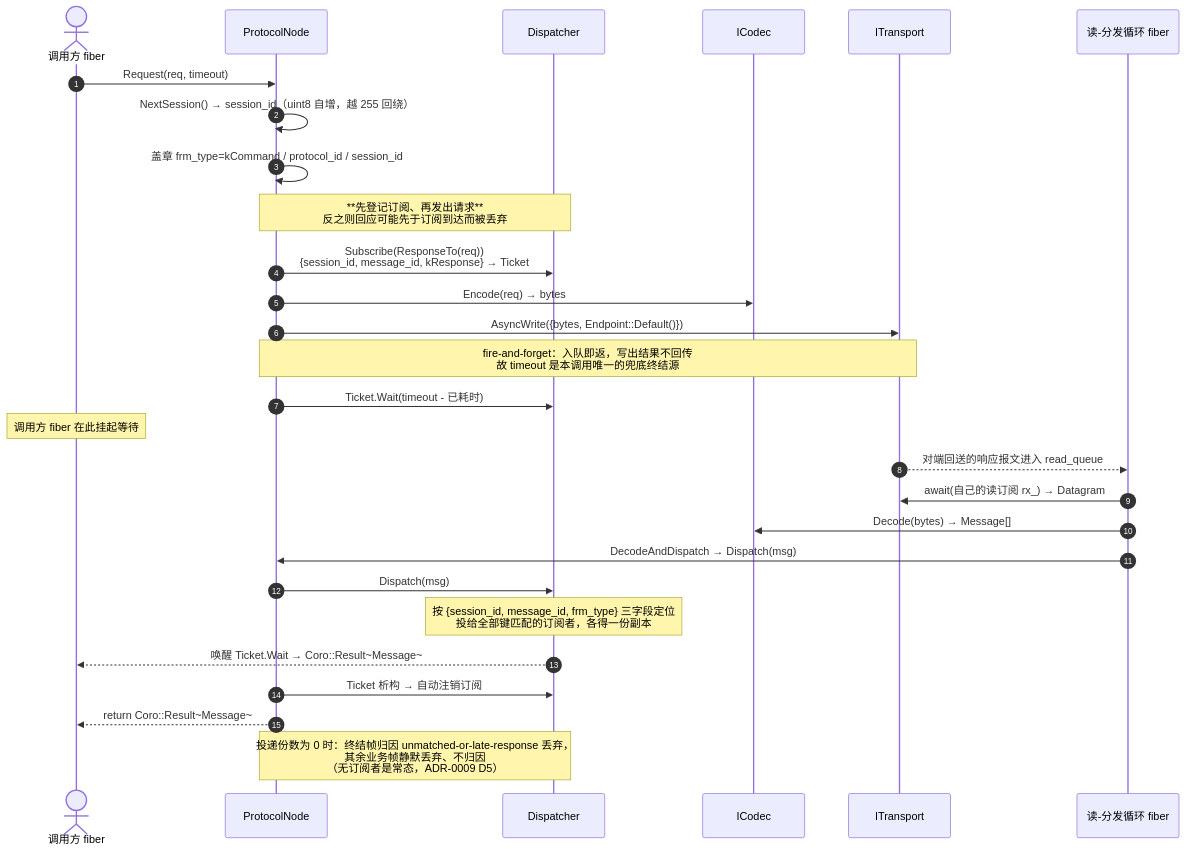
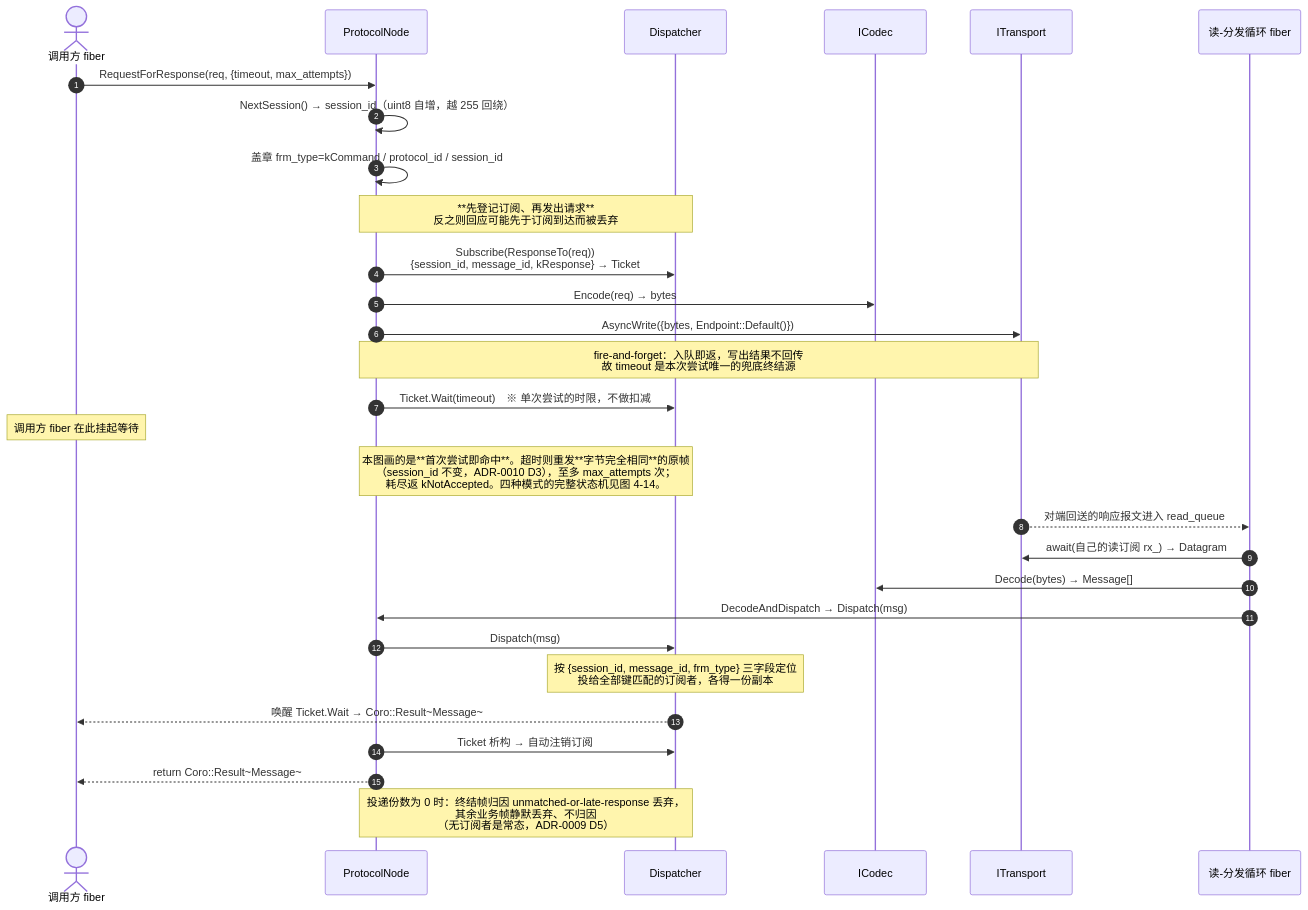
Before and after one commit to Ste7an-cs/Transport: the diagram in docs/diagrams/seq-request-response.mmd, drawn with Mermaid. The commit also changed 8 other files, not shown here.

```diff
--- a/docs/diagrams/seq-request-response.mmd
+++ b/docs/diagrams/seq-request-response.mmd
@@ -1,31 +1,32 @@
 sequenceDiagram
     autonumber
     actor C as 调用方 fiber
     participant N as ProtocolNode
     participant D as Dispatcher
     participant K as ICodec
     participant T as ITransport
     participant R as 读-分发循环 fiber
 
-    C->>N: Request(req, timeout)
+    C->>N: RequestForResponse(req, {timeout, max_attempts})
     N->>N: NextSession() → session_id（uint8 自增，越 255 回绕）
     N->>N: 盖章 frm_type=kCommand / protocol_id / session_id
     Note over N,D: **先登记订阅、再发出请求**<br/>反之则回应可能先于订阅到达而被丢弃
     N->>D: Subscribe(ResponseTo(req))<br/>{session_id, message_id, kResponse} → Ticket
     N->>K: Encode(req) → bytes
     N->>T: AsyncWrite({bytes, Endpoint::Default()})
-    Note over N,T: fire-and-forget：入队即返，写出结果不回传<br/>故 timeout 是本调用唯一的兜底终结源
-    N->>D: Ticket.Wait(timeout - 已耗时)
+    Note over N,T: fire-and-forget：入队即返，写出结果不回传<br/>故 timeout 是本次尝试唯一的兜底终结源
+    N->>D: Ticket.Wait(timeout)　※ 单次尝试的时限，不做扣减
     Note over C: 调用方 fiber 在此挂起等待
+    Note over N,D: 本图画的是**首次尝试即命中**。超时则重发**字节完全相同**的原帧<br/>（session_id 不变，ADR-0010 D3），至多 max_attempts 次；<br/>耗尽返 kNotAccepted。四种模式的完整状态机见图 4-14。
 
     T-->>R: 对端回送的响应报文进入 read_queue
     R->>T: await(自己的读订阅 rx_) → Datagram
     R->>K: Decode(bytes) → Message[]
     R->>N: DecodeAndDispatch → Dispatch(msg)
     N->>D: Dispatch(msg)
     Note over D: 按 {session_id, message_id, frm_type} 三字段定位<br/>投给全部键匹配的订阅者，各得一份副本
     D-->>C: 唤醒 Ticket.Wait → Coro::Result~Message~
     N->>D: Ticket 析构 → 自动注销订阅
     N-->>C: return Coro::Result~Message~
 
     Note over D,N: 投递份数为 0 时：终结帧归因 unmatched-or-late-response 丢弃，<br/>其余业务帧静默丢弃、不归因<br/>（无订阅者是常态，ADR-0009 D5）
```
